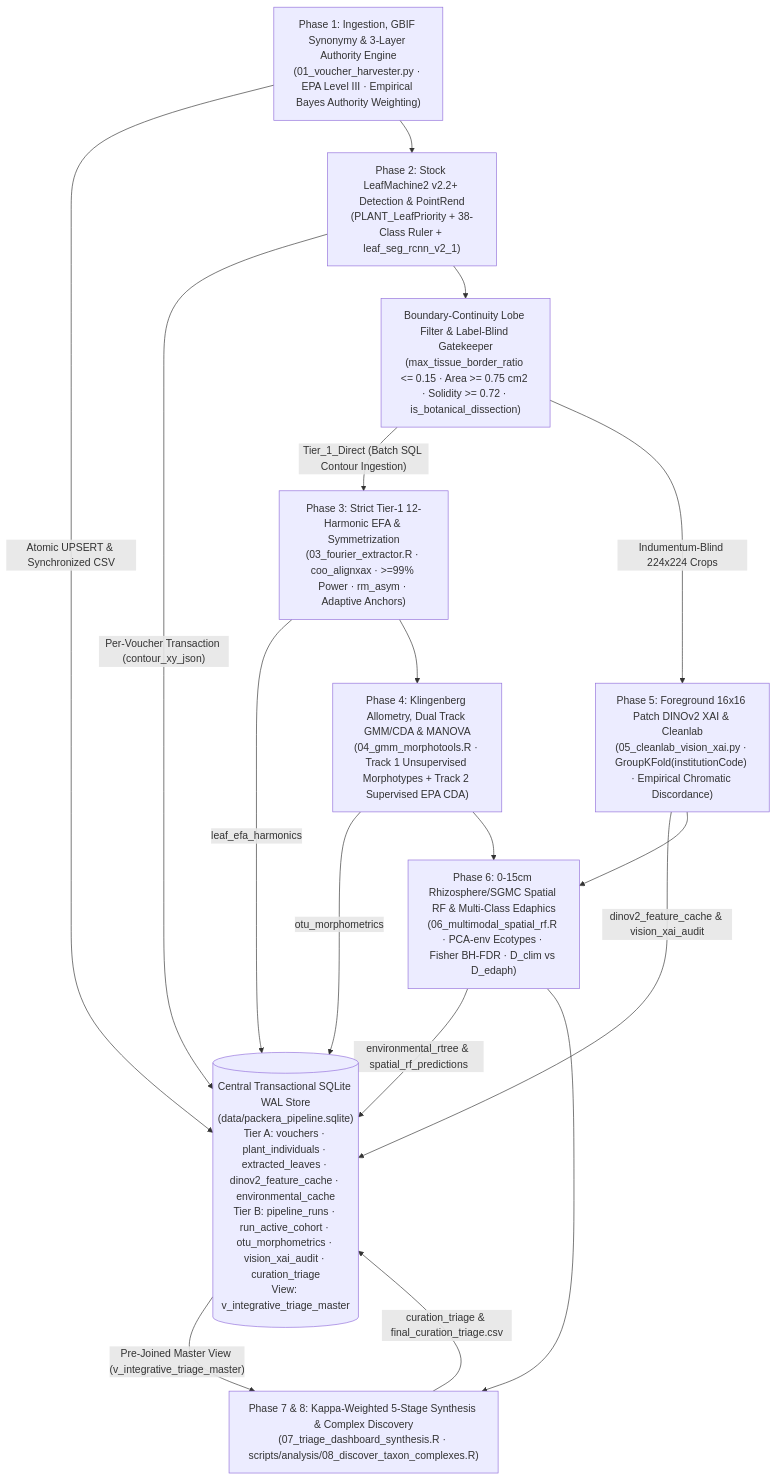
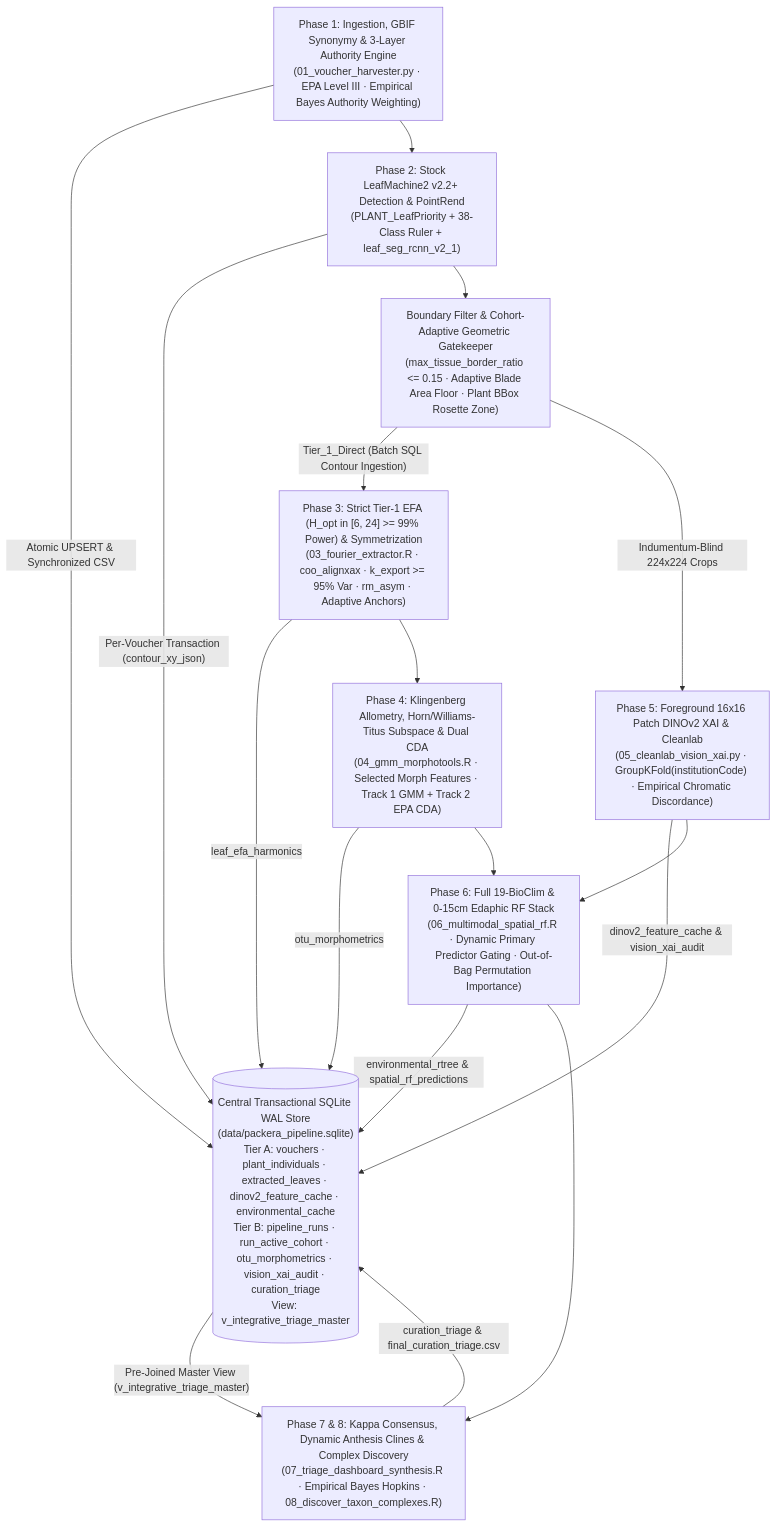
The diagram in README.md (Plantatsrophe/Packera_dubia_morphometrics), drawn with Mermaid before and after one commit. The commit also changed other lines of this file and 6 other files, not shown here.

````diff
--- a/README.md
+++ b/README.md
@@ -91,20 +91,20 @@
 ```mermaid
 flowchart TD
     DB[("Central Transactional SQLite WAL Store\n(data/packera_pipeline.sqlite)\nTier A: vouchers · plant_individuals · extracted_leaves · dinov2_feature_cache · environmental_cache\nTier B: pipeline_runs · run_active_cohort · otu_morphometrics · vision_xai_audit · curation_triage\nView: v_integrative_triage_master")]
 
     B1["Phase 1: Ingestion, GBIF Synonymy & 3-Layer Authority Engine\n(01_voucher_harvester.py · EPA Level III · Empirical Bayes Authority Weighting)"] -->|"Atomic UPSERT & Synchronized CSV"| DB
     B1 --> B2["Phase 2: Stock LeafMachine2 v2.2+ Detection & PointRend\n(PLANT_LeafPriority + 38-Class Ruler + leaf_seg_rcnn_v2_1)"]
     B2 -->|"Per-Voucher Transaction (contour_xy_json)"| DB
-    B2 --> B3["Boundary-Continuity Lobe Filter & Label-Blind Gatekeeper\n(max_tissue_border_ratio <= 0.15 · Area >= 0.75 cm2 · Solidity >= 0.72 · is_botanical_dissection)"]
-    B3 -->|"Tier_1_Direct (Batch SQL Contour Ingestion)"| B4["Phase 3: Strict Tier-1 12-Harmonic EFA & Symmetrization\n(03_fourier_extractor.R · coo_alignxax · >=99% Power · rm_asym · Adaptive Anchors)"]
+    B2 --> B3["Boundary Filter & Cohort-Adaptive Geometric Gatekeeper\n(max_tissue_border_ratio <= 0.15 · Adaptive Blade Area Floor · Plant BBox Rosette Zone)"]
+    B3 -->|"Tier_1_Direct (Batch SQL Contour Ingestion)"| B4["Phase 3: Strict Tier-1 EFA (H_opt in [6, 24] >= 99% Power) & Symmetrization\n(03_fourier_extractor.R · coo_alignxax · k_export >= 95% Var · rm_asym · Adaptive Anchors)"]
     B4 -->|"leaf_efa_harmonics"| DB
-    B4 --> B5["Phase 4: Klingenberg Allometry, Dual Track GMM/CDA & MANOVA\n(04_gmm_morphotools.R · Track 1 Unsupervised Morphotypes + Track 2 Supervised EPA CDA)"]
+    B4 --> B5["Phase 4: Klingenberg Allometry, Horn/Williams-Titus Subspace & Dual CDA\n(04_gmm_morphotools.R · Selected Morph Features · Track 1 GMM + Track 2 EPA CDA)"]
     B5 -->|"otu_morphometrics"| DB
     B3 -->|"Indumentum-Blind 224x224 Crops"| B6["Phase 5: Foreground 16x16 Patch DINOv2 XAI & Cleanlab\n(05_cleanlab_vision_xai.py · GroupKFold(institutionCode) · Empirical Chromatic Discordance)"]
     B6 -->|"dinov2_feature_cache & vision_xai_audit"| DB
-    B5 & B6 --> B7["Phase 6: 0-15cm Rhizosphere/SGMC Spatial RF & Multi-Class Edaphics\n(06_multimodal_spatial_rf.R · PCA-env Ecotypes · Fisher BH-FDR · D_clim vs D_edaph)"]
+    B5 & B6 --> B7["Phase 6: Full 19-BioClim & 0-15cm Edaphic RF Stack\n(06_multimodal_spatial_rf.R · Dynamic Primary Predictor Gating · Out-of-Bag Permutation Importance)"]
     B7 -->|"environmental_rtree & spatial_rf_predictions"| DB
-    B7 --> B8["Phase 7 & 8: Kappa-Weighted 5-Stage Synthesis & Complex Discovery\n(07_triage_dashboard_synthesis.R · scripts/analysis/08_discover_taxon_complexes.R)"]
+    B7 --> B8["Phase 7 & 8: Kappa Consensus, Dynamic Anthesis Clines & Complex Discovery\n(07_triage_dashboard_synthesis.R · Empirical Bayes Hopkins · 08_discover_taxon_complexes.R)"]
     DB -->|"Pre-Joined Master View (v_integrative_triage_master)"| B8
     B8 -->|"curation_triage & final_curation_triage.csv"| DB
 ```
````
